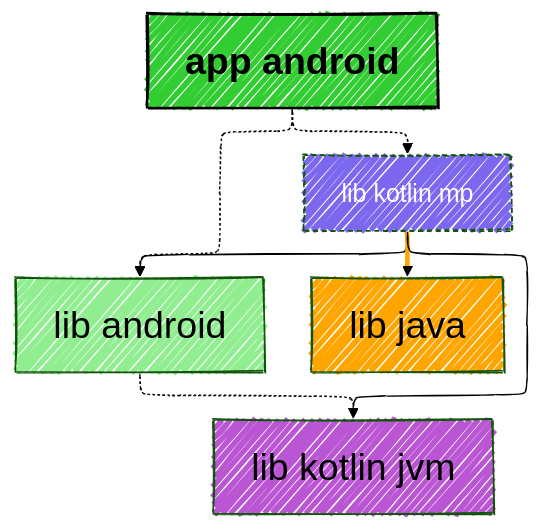
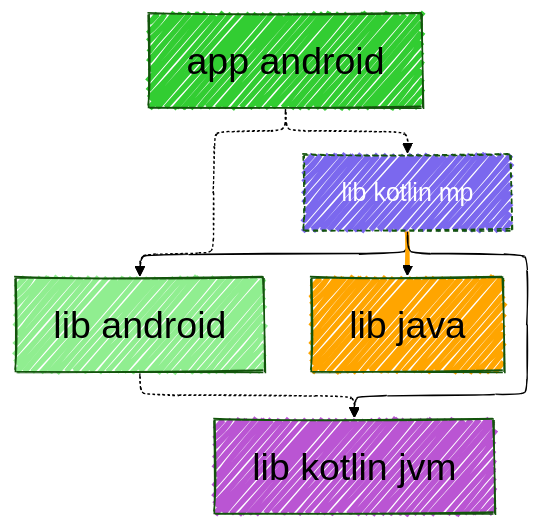
Before and after one commit to jonapoul/atlas: the diagram in samples/sample-mermaid/sample-app-android/modular/chart.mmd, drawn with Mermaid. The commit also changed 43 other files, not shown here.

```diff
--- a/samples/sample-mermaid/sample-app-android/modular/chart.mmd
+++ b/samples/sample-mermaid/sample-app-android/modular/chart.mmd
@@ -1,39 +1,39 @@
 ---
 config:
   layout: elk
   look: handDrawn
   theme: forest
   elk:
     mergeEdges: true
     forceNodeModelOrder: true
     nodePlacementStrategy: LINEAR_SEGMENTS
     cycleBreakingStrategy: INTERACTIVE
     considerModelOrder: PREFER_EDGES
   themeVariables:
     background: #FFF
     fontFamily: arial
     lineColor: #55FF55
     primaryBorderColor: #FF5555
     primaryColor: #ABC123
     darkMode: true
     fontSize: 30px
     defaultLinkColor: #5555FF
 ---
 graph TD
   app_android["app android"]
   lib_android["lib android"]
   lib_java["lib java"]
   lib_kotlin_jvm["lib kotlin jvm"]
   lib_kotlin_mp["lib kotlin mp"]
-  style app_android fill:limegreen,font-weight:bold,stroke:black,stroke-width:2px,fillcolor:limegreen
+  style app_android fill:limegreen,fillcolor:limegreen
   style lib_android fill:lightgreen,fillcolor:lightgreen
   style lib_java fill:orange,fillcolor:orange
   style lib_kotlin_jvm fill:mediumorchid,fillcolor:mediumorchid
   style lib_kotlin_mp fill:mediumslateblue,color:white,stroke-dasharray:4 3 2 1,font-size:20px,fillcolor:mediumslateblue
   app_android -.-> lib_android
   app_android -.-> lib_kotlin_mp
   lib_android -.-> lib_kotlin_jvm
   lib_kotlin_mp --> lib_android
   lib_kotlin_mp ==> lib_java
   linkStyle 4 stroke:orange
   lib_kotlin_mp --> lib_kotlin_jvm
```
